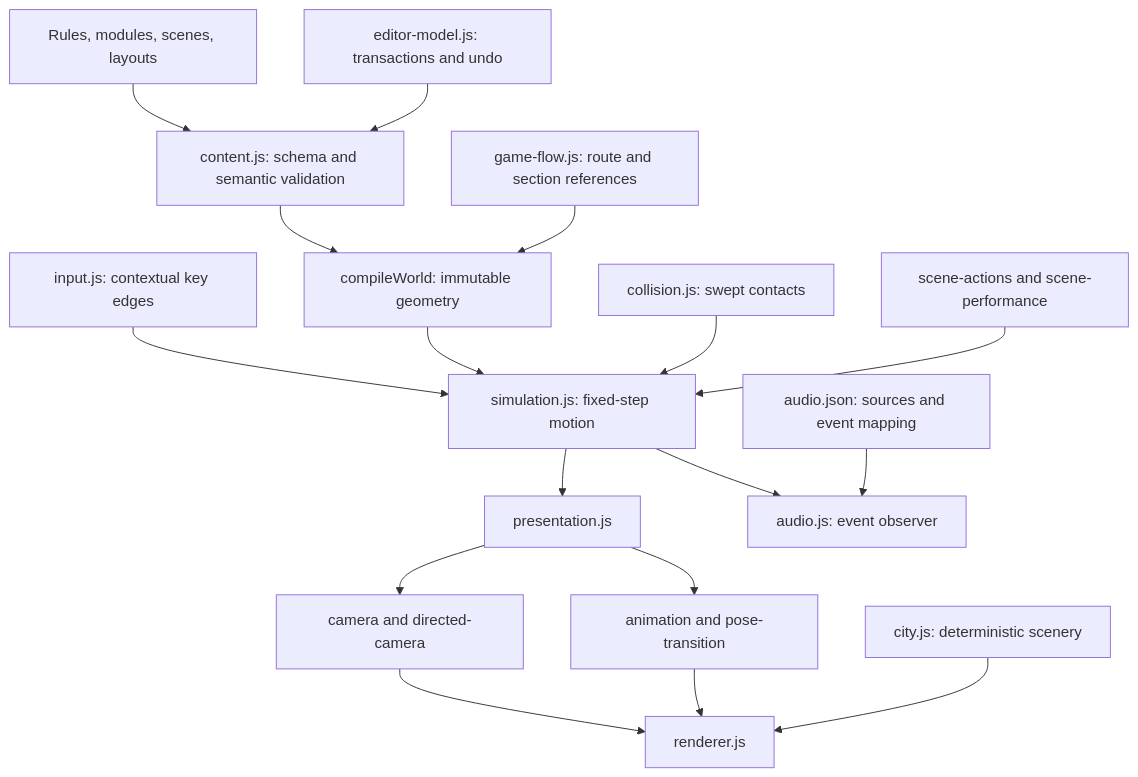
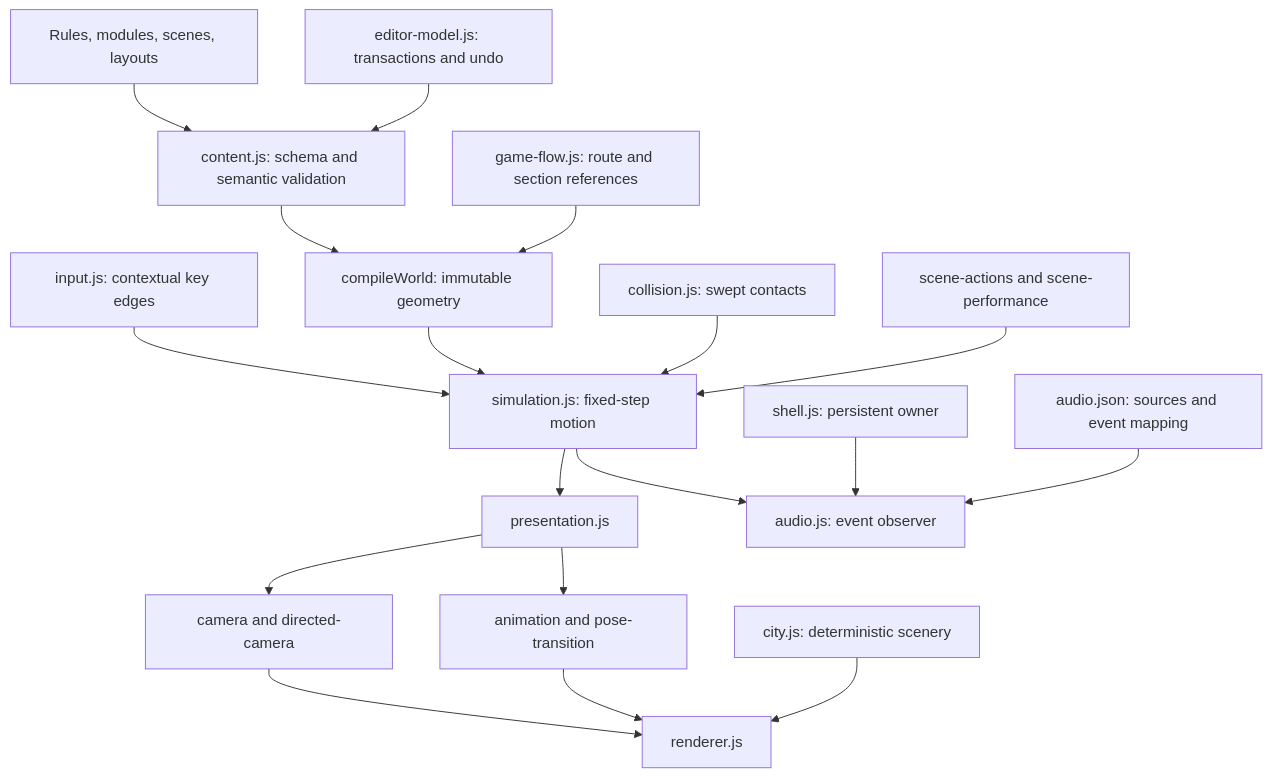
One commit to spathering/polyu-ap-a3 changed the diagram in Documents/Current/modules.md. Above: the diagram before and after it, drawn with Mermaid. The commit also changed other lines of this file and 50 other files, not shown here.

````diff
--- a/Documents/Current/modules.md
+++ b/Documents/Current/modules.md
@@ -5,19 +8,20 @@
 ```mermaid
 flowchart TD
   JSON[Rules, modules, scenes, layouts] --> Contract[content.js: schema and semantic validation]
   Editor[editor-model.js: transactions and undo] --> Contract
   Contract --> World[compileWorld: immutable geometry]
   Flow[game-flow.js: route and section references] --> World
   Controls[input.js: contextual key edges] --> Sim[simulation.js: fixed-step motion]
   World --> Sim
   Collision[collision.js: swept contacts] --> Sim
   Recipes[scene-actions and scene-performance] --> Sim
   Sim --> Interpolate[presentation.js]
   Interpolate --> Camera[camera and directed-camera]
   Interpolate --> Art[animation and pose-transition]
   Camera --> Renderer[renderer.js]
   Art --> Renderer
   City[city.js: deterministic scenery] --> Renderer
   Sim --> Audio[audio.js: event observer]
+  Host[shell.js: persistent owner] --> Audio
   Catalogue[audio.json: sources and event mapping] --> Audio
 ```
````
